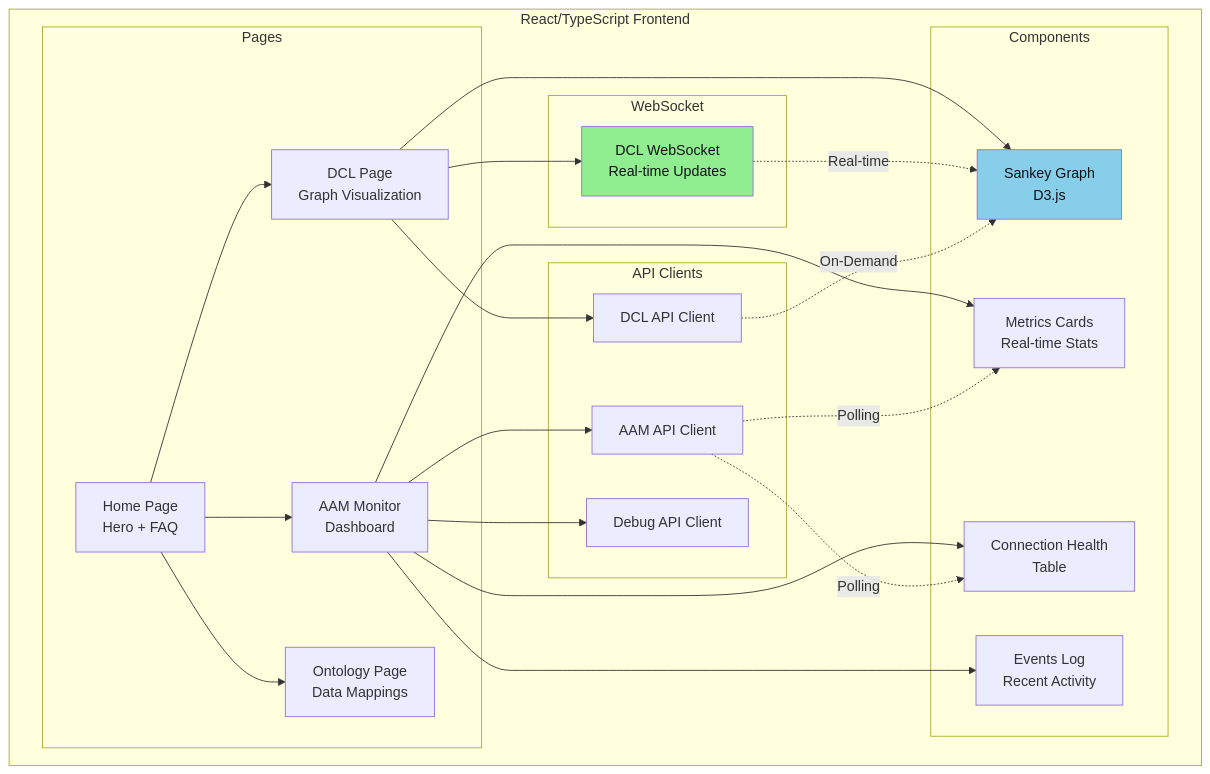
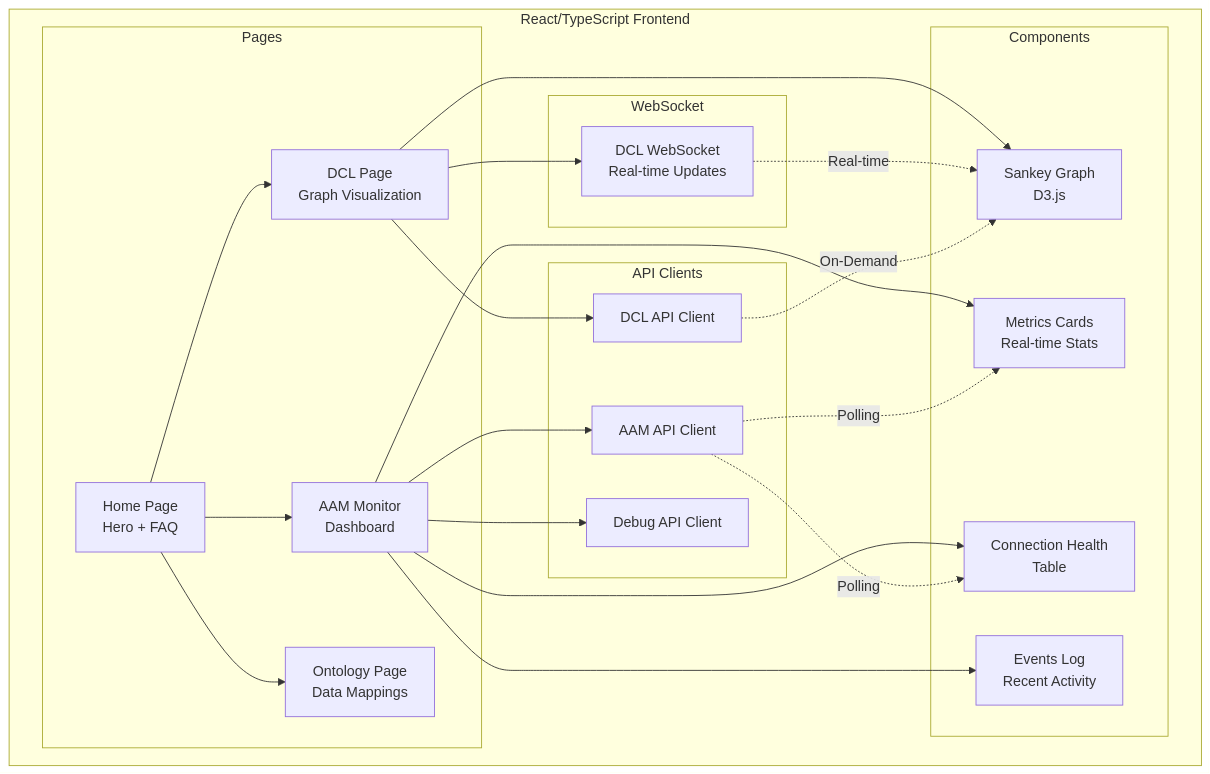
The sixth of 8 diagrams in ARCHITECTURE.md (ilyacantor/autonomos-platform), drawn with Mermaid before and after one commit. The commit also changed other lines of this file and 1 other file, not shown here.

First line of the commit message:
Reset formatting and update visuals for architecture documentation

````diff
--- a/ARCHITECTURE.md
+++ b/ARCHITECTURE.md
@@ -348,50 +327,48 @@
 ```mermaid
 graph TB
     subgraph "React/TypeScript Frontend"
         subgraph "Pages"
             HOME[Home Page<br/>Hero + FAQ]
             DCL_PAGE[DCL Page<br/>Graph Visualization]
             AAM_PAGE[AAM Monitor<br/>Dashboard]
             ONT_PAGE[Ontology Page<br/>Data Mappings]
         end
 
         subgraph "Components"
             SANKEY[Sankey Graph<br/>D3.js]
             METRICS[Metrics Cards<br/>Real-time Stats]
             CONN_TABLE[Connection Health<br/>Table]
             EVENT_LOG[Events Log<br/>Recent Activity]
         end
 
         subgraph "WebSocket"
             WS[DCL WebSocket<br/>Real-time Updates]
         end
 
         subgraph "API Clients"
             API_DCL[DCL API Client]
             API_AAM[AAM API Client]
             API_DEBUG[Debug API Client]
         end
     end
 
     HOME --> DCL_PAGE
     HOME --> AAM_PAGE
     HOME --> ONT_PAGE
 
     DCL_PAGE --> SANKEY
     AAM_PAGE --> METRICS
     AAM_PAGE --> CONN_TABLE
     AAM_PAGE --> EVENT_LOG
 
     DCL_PAGE --> WS
     AAM_PAGE --> API_AAM
     DCL_PAGE --> API_DCL
     AAM_PAGE --> API_DEBUG
 
     WS -.->|Real-time| SANKEY
     API_AAM -.->|Polling| METRICS
     API_AAM -.->|Polling| CONN_TABLE
     API_DCL -.->|On-Demand| SANKEY
 
-    style SANKEY fill:#87CEEB,color:#0D1117
-    style WS fill:#90EE90,color:#0D1117
 ```
````
